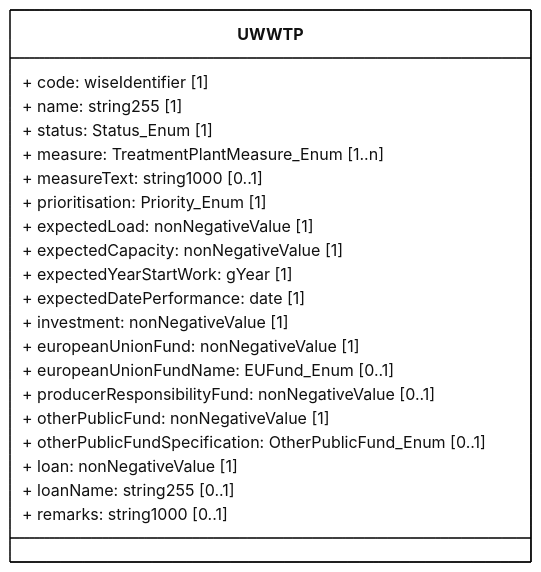
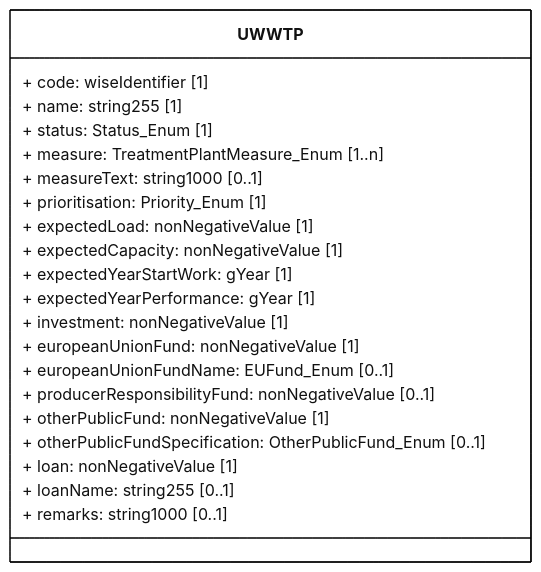
Before and after one commit to eeadata/WISE.UWWTD.Documentation: the diagram in docs/rUWWTD2024/Article23/mmd/Article23_UWWTP_ClassDiagram.mmd, drawn with Mermaid. The commit also changed 10 other files, not shown here.

```diff
--- a/docs/rUWWTD2024/Article23/mmd/Article23_UWWTP_ClassDiagram.mmd
+++ b/docs/rUWWTD2024/Article23/mmd/Article23_UWWTP_ClassDiagram.mmd
@@ -1,37 +1,37 @@
 ---
 config:
   class:
     hideEmptyMembersBox: true
   layout: dagre
   theme: neutral
 ---
 classDiagram
 direction LR
 
 class UWWTP{
     + code: wiseIdentifier [1]
     + name: string255 [1]
     + status: Status_Enum [1]
     + measure: TreatmentPlantMeasure_Enum [1..n]
     + measureText: string1000 [0..1]
     + prioritisation: Priority_Enum [1]
 
     + expectedLoad: nonNegativeValue [1]
     + expectedCapacity: nonNegativeValue [1]
     + expectedYearStartWork: gYear [1]
-    + expectedDatePerformance: date [1]
+    + expectedYearPerformance: gYear [1]
 
     + investment: nonNegativeValue [1]
     + europeanUnionFund: nonNegativeValue [1]
     + europeanUnionFundName: EUFund_Enum [0..1]
     + producerResponsibilityFund: nonNegativeValue [0..1]
     + otherPublicFund: nonNegativeValue [1]
     + otherPublicFundSpecification: OtherPublicFund_Enum [0..1]
     + loan: nonNegativeValue [1]
     + loanName: string255 [0..1]
 
     + remarks: string1000 [0..1]
 }
 
 classDef default fill:white,stroke:#000;
 classDef forFixing fill:white,stroke:#f00;
```
